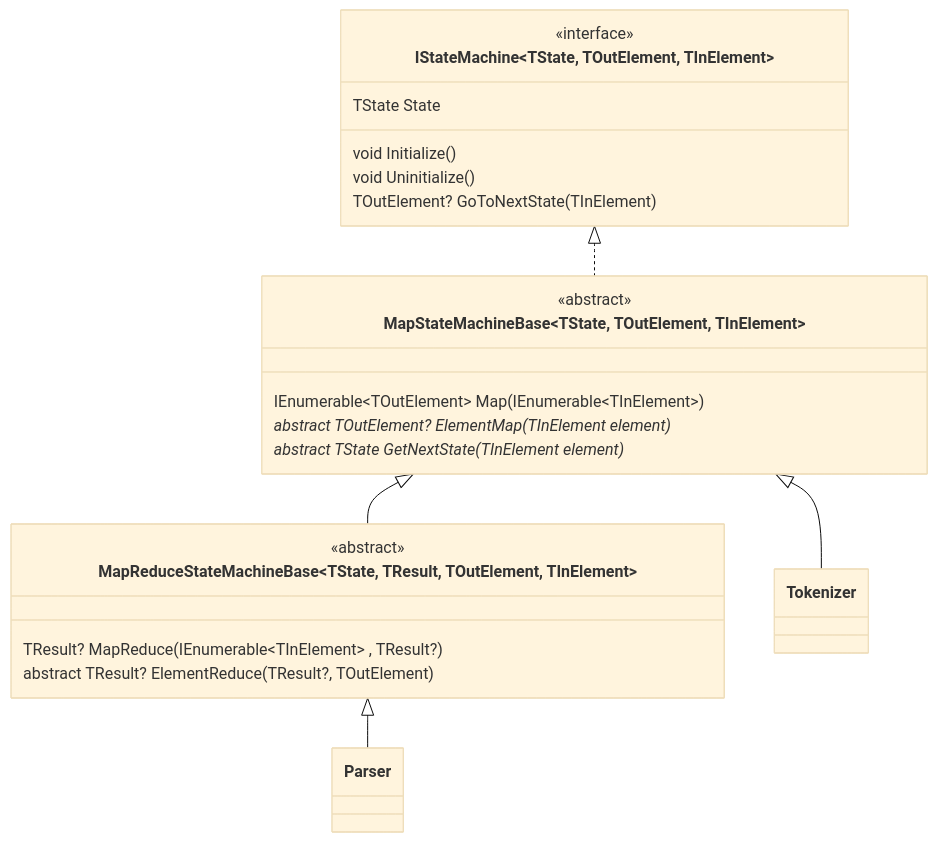
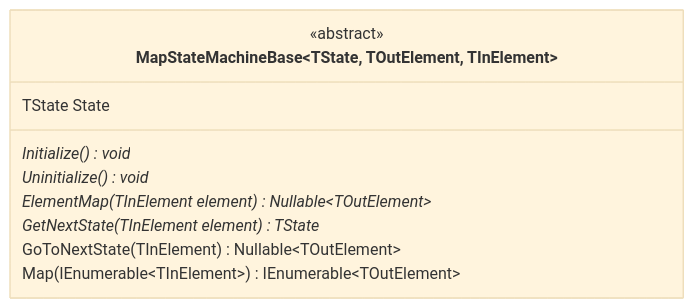
The third of 4 diagrams in docs/02.05.StateMachineFramework.md (kazumatu981/FormulaTokenizer), drawn with Mermaid (base theme) before and after one commit. The commit also changed other lines of this file and 5 other files, not shown here.

````diff
--- a/docs/02.05.StateMachineFramework.md
+++ b/docs/02.05.StateMachineFramework.md
@@ -5,35 +60,14 @@
 ```mermaid
 classDiagram
-    class IStateMachine~TState, TOutElement, TInElement~ {
-        <<interface>>
-        TState State
-        void Initialize()
-        void Uninitialize()
-        TOutElement? GoToNextState(TInElement)
-    }
 
     class MapStateMachineBase~TState, TOutElement, TInElement~ {
         <<abstract>>
-        IEnumerable~TOutElement~ Map(IEnumerable~TInElement~)
-        abstract TOutElement? ElementMap(TInElement element)*
-        abstract TState GetNextState(TInElement element)*
+        TState State
+        Initialize()* void
+        Uninitialize()* void
+        ElementMap(TInElement element)* Nullable~TOutElement~
+        GetNextState(TInElement element)* TState 
+        GoToNextState(TInElement) Nullable~TOutElement~
+        Map(IEnumerable~TInElement~) IEnumerable~TOutElement~ 
     }
-
-    class MapReduceStateMachineBase~TState, TResult, TOutElement, TInElement~ {
-        <<abstract>>
-        TResult? MapReduce(IEnumerable~TInElement~ , TResult? )
-        abstract TResult? ElementReduce(TResult?, TOutElement)
-    }
-
-    
-    Tokenizer
-    Parser
-
-
-    IStateMachine~TState, TOutElement, TInElement~ <|.. MapStateMachineBase~TState, TOutElement, TInElement~
-    MapStateMachineBase~TState, TOutElement, TInElement~ <|-- MapReduceStateMachineBase~TState, TResult, TOutElement, TInElement~
-
-    MapReduceStateMachineBase~TState, TResult, TOutElement, TInElement~ <|-- Parser
-    MapStateMachineBase~TState, TOutElement, TInElement~ <|-- Tokenizer
-
 ```
````
